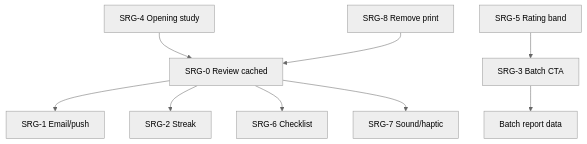
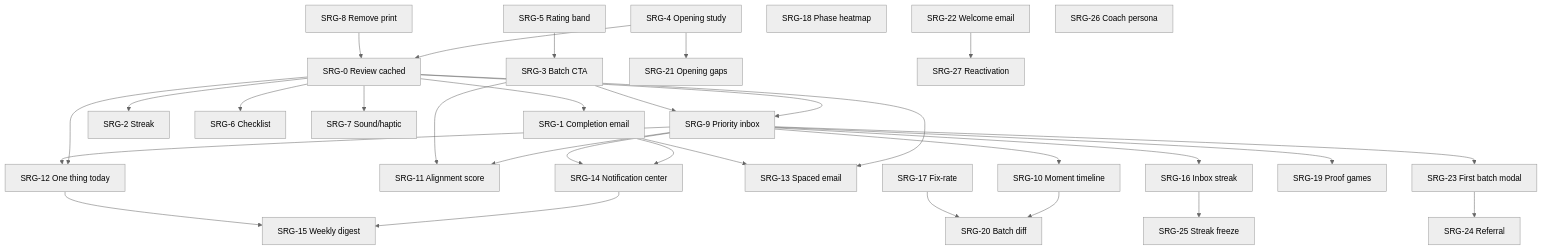
One commit to ahmed5145/chessmate-prod changed the second of 2 diagrams in docs/product/SINGLE_GAME_RETENTION_PLAN.md. Above: the diagram before and after it, drawn with Mermaid (neutral theme). The commit also changed other lines of this file, not shown here.

````diff
--- a/docs/product/SINGLE_GAME_RETENTION_PLAN.md
+++ b/docs/product/SINGLE_GAME_RETENTION_PLAN.md
@@ -277,21 +776,61 @@
 ```mermaid
 flowchart TD
   SRG0[SRG-0 Review cached]
   SRG8[SRG-8 Remove print]
-  SRG1[SRG-1 Email/push]
+  SRG1[SRG-1 Completion email]
   SRG2[SRG-2 Streak]
   SRG3[SRG-3 Batch CTA]
   SRG4[SRG-4 Opening study]
   SRG5[SRG-5 Rating band]
   SRG6[SRG-6 Checklist]
   SRG7[SRG-7 Sound/haptic]
+  SRG9[SRG-9 Priority inbox]
+  SRG10[SRG-10 Moment timeline]
+  SRG11[SRG-11 Alignment score]
+  SRG12[SRG-12 One thing today]
+  SRG13[SRG-13 Spaced email]
+  SRG14[SRG-14 Notification center]
+  SRG15[SRG-15 Weekly digest]
+  SRG16[SRG-16 Inbox streak]
+  SRG17[SRG-17 Fix-rate]
+  SRG18[SRG-18 Phase heatmap]
+  SRG19[SRG-19 Proof games]
+  SRG20[SRG-20 Batch diff]
+  SRG21[SRG-21 Opening gaps]
+  SRG22[SRG-22 Welcome email]
+  SRG23[SRG-23 First batch modal]
+  SRG24[SRG-24 Referral]
+  SRG25[SRG-25 Streak freeze]
+  SRG26[SRG-26 Coach persona]
+  SRG27[SRG-27 Reactivation]
 
   SRG0 --> SRG1
   SRG0 --> SRG2
   SRG0 --> SRG6
   SRG0 --> SRG7
-  SRG3 --> Batch[Batch report data]
+  SRG0 --> SRG9
+  SRG0 --> SRG12
+  SRG0 --> SRG13
+  SRG3 --> SRG9
+  SRG9 --> SRG10
+  SRG9 --> SRG11
+  SRG9 --> SRG12
+  SRG3 --> SRG11
+  SRG1 --> SRG13
+  SRG1 --> SRG14
+  SRG9 --> SRG14
+  SRG9 --> SRG16
+  SRG9 --> SRG19
+  SRG10 --> SRG20
+  SRG17 --> SRG20
+  SRG14 --> SRG15
+  SRG12 --> SRG15
   SRG4 --> SRG0
+  SRG4 --> SRG21
   SRG5 --> SRG3
   SRG8 --> SRG0
+  SRG9 --> SRG23
+  SRG23 --> SRG24
+  SRG16 --> SRG25
+  SRG22 --> SRG27
 ```
````
